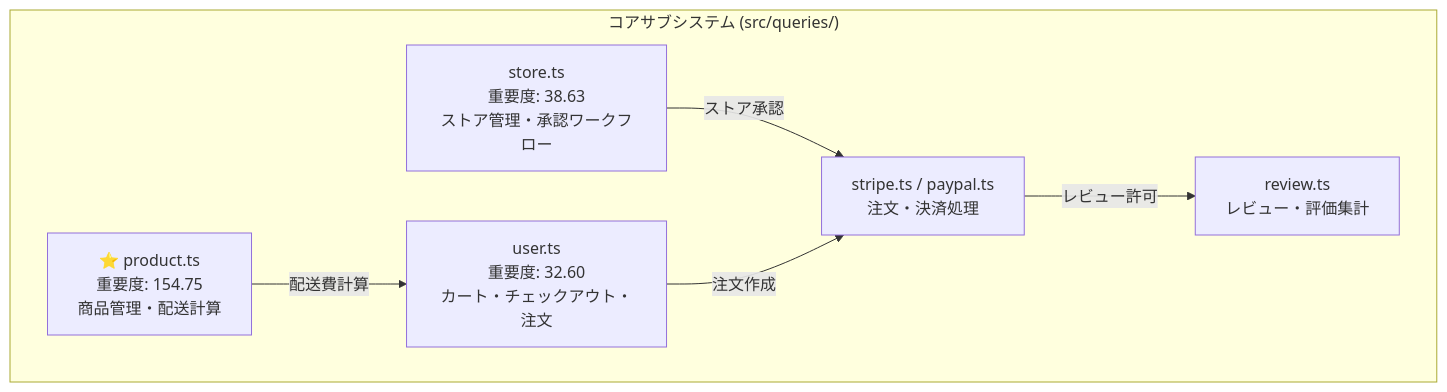
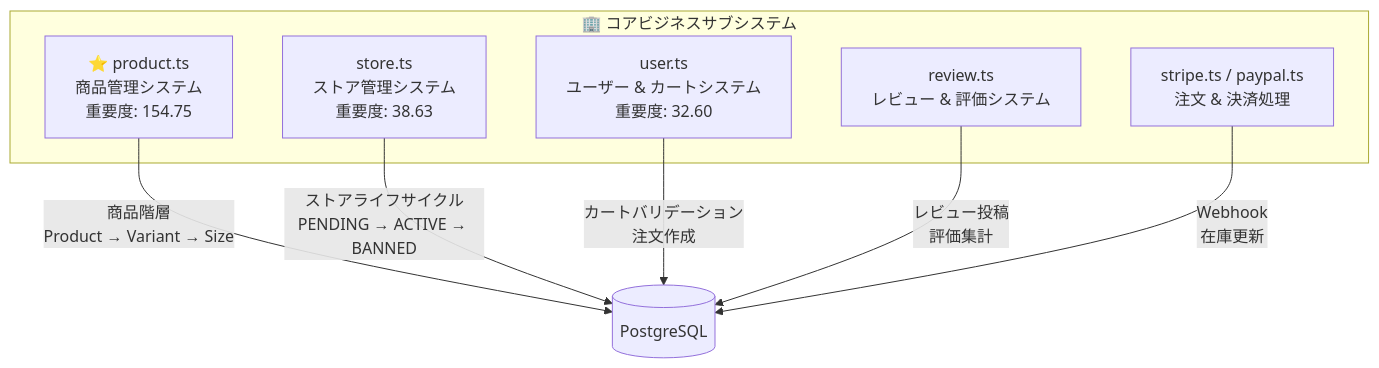
The third of 8 diagrams in README.md (myoshi2891/Multi-Vendor-E-Commerce), drawn with Mermaid before and after one commit. The commit also changed other lines of this file, not shown here.

````diff
--- a/README.md
+++ b/README.md
@@ -169,15 +146,16 @@
 ```mermaid
 graph TD
-    subgraph SUBSYSTEMS["コアサブシステム (src/queries/)"]
-        P["⭐ product.ts<br>重要度: 154.75<br>商品管理・配送計算"]
-        S["store.ts<br>重要度: 38.63<br>ストア管理・承認ワークフロー"]
-        U["user.ts<br>重要度: 32.60<br>カート・チェックアウト・注文"]
-        R["review.ts<br>レビュー・評価集計"]
-        O["stripe.ts / paypal.ts<br>注文・決済処理"]
+    subgraph SYSTEMS["🏢 コアビジネスサブシステム"]
+        P["⭐ product.ts<br>商品管理システム<br>重要度: 154.75"]
+        S["store.ts<br>ストア管理システム<br>重要度: 38.63"]
+        U["user.ts<br>ユーザー & カートシステム<br>重要度: 32.60"]
+        R["review.ts<br>レビュー & 評価システム"]
+        PAY["stripe.ts / paypal.ts<br>注文 & 決済処理"]
     end
 
-    P -->|配送費計算| U
-    S -->|ストア承認| O
-    U -->|注文作成| O
-    O -->|レビュー許可| R
+    P -->|"商品階層<br>Product → Variant → Size"| DB2[("PostgreSQL")]
+    S -->|"ストアライフサイクル<br>PENDING → ACTIVE → BANNED"| DB2
+    U -->|"カートバリデーション<br>注文作成"| DB2
+    R -->|"レビュー投稿<br>評価集計"| DB2
+    PAY -->|"Webhook<br>在庫更新"| DB2
 ```
````
